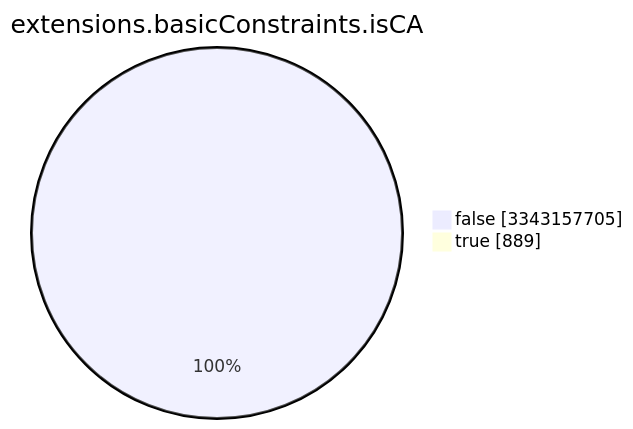
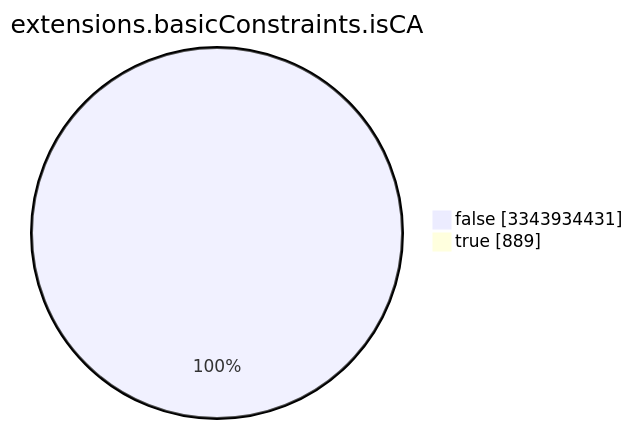
Before and after one commit to christiankrug/ctmonitor_visualization: the seventh of 15 diagrams in TOTAL/README.md, drawn with Mermaid. The commit also changed other lines of this file, not shown here.

````diff
--- a/TOTAL/README.md
+++ b/TOTAL/README.md
@@ -3089,6 +3089,6 @@
 ```mermaid
 pie showData
 title extensions.basicConstraints.isCA
-"false" :3343157705
+"false" :3343934431
 "true" :889
 ```
````
